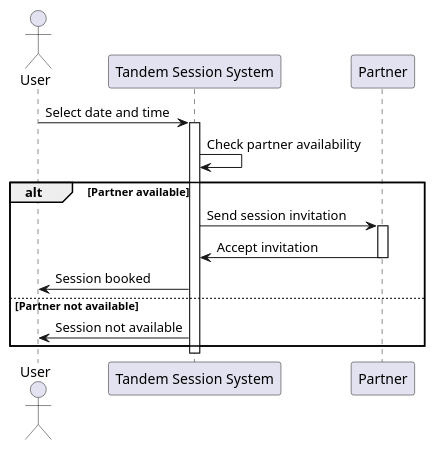
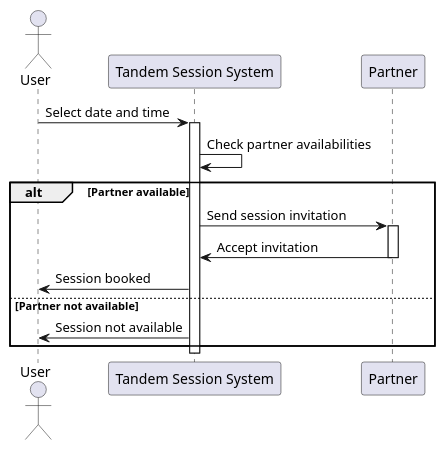
One commit to coyotiv-sose/graduation-project-gonzalo-brandan changed the diagram in architecture/sequence.puml. Above: the diagram before and after it, drawn with PlantUML. The commit also changed 5 other files, not shown here.

Commit message:
change tracks of 'availability' to 'availabilities'

```diff
--- a/architecture/sequence.puml
+++ b/architecture/sequence.puml
@@ -1,21 +1,21 @@
 @startuml
 
 actor User
 participant "Tandem Session System" as TSS
 participant Partner
 
 User -> TSS: Select date and time
 activate TSS
-TSS -> TSS: Check partner availability
+TSS -> TSS: Check partner availabilities
 alt Partner available
   TSS -> Partner: Send session invitation
   activate Partner
   Partner -> TSS: Accept invitation
   deactivate Partner
   TSS -> User: Session booked
 else Partner not available
   TSS -> User: Session not available
 end
 deactivate TSS
 
 @enduml
```
